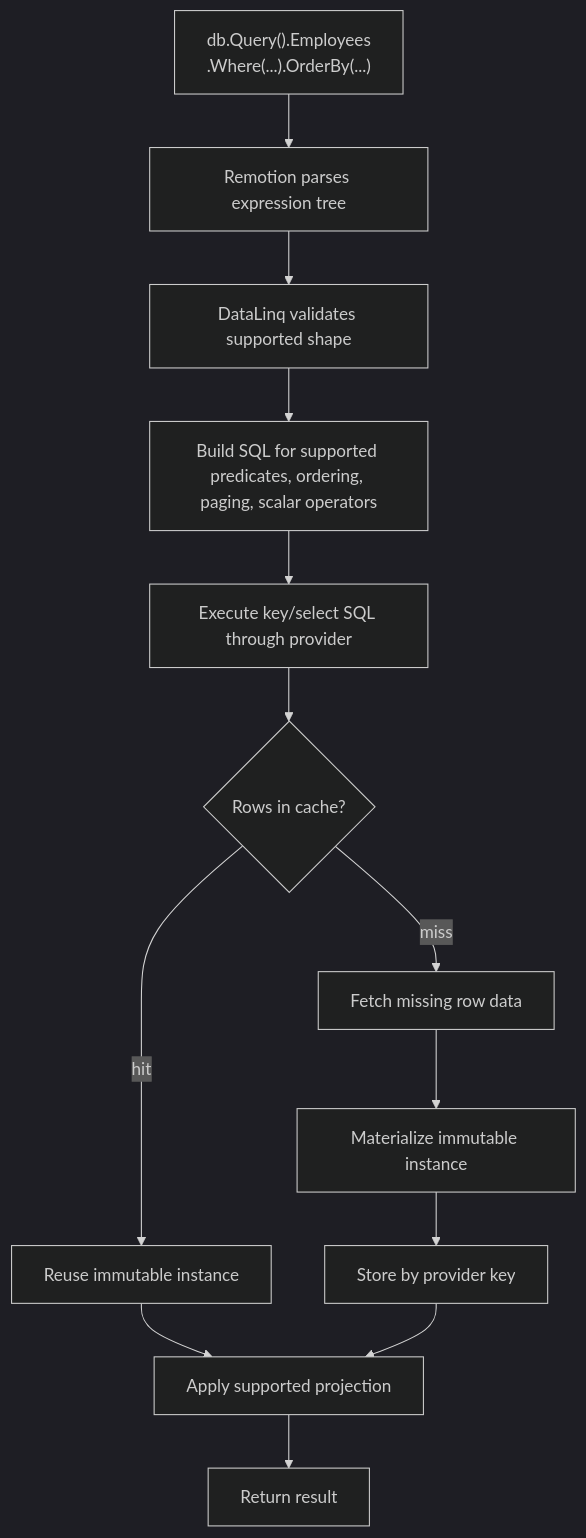
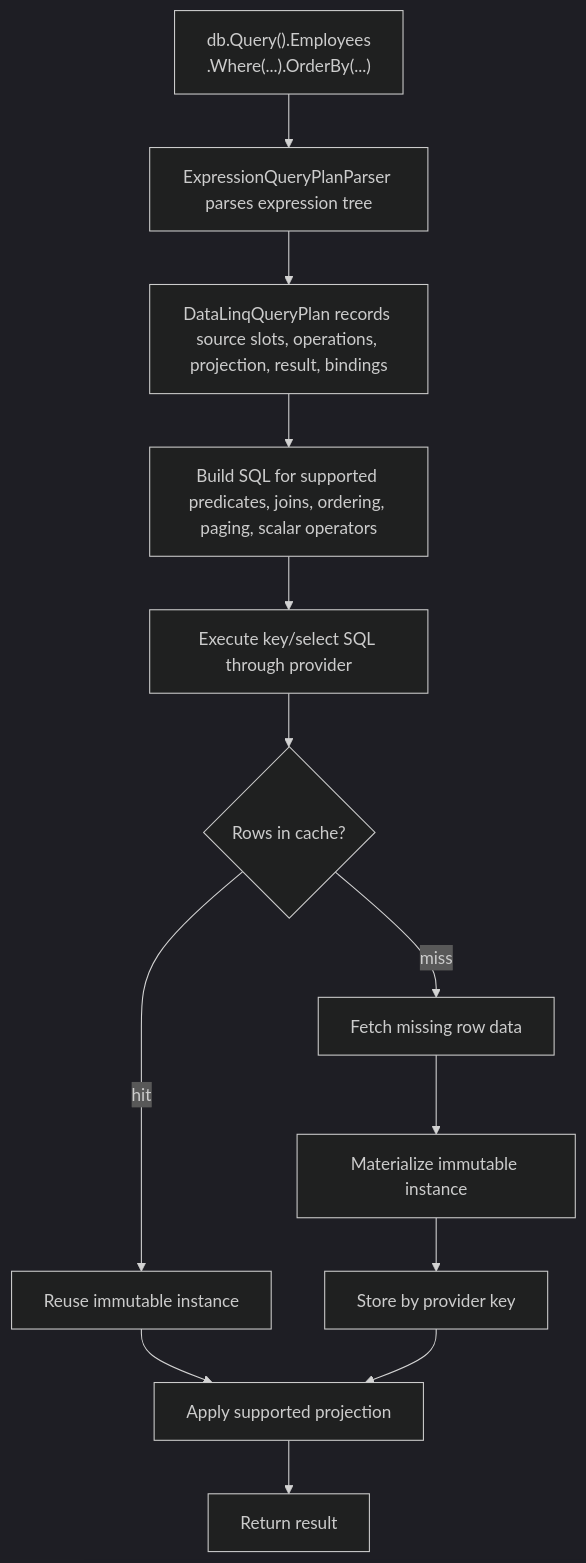
One commit to bazer/DataLinq changed the fourth of 10 diagrams in docs/internals/Data Flow.md. Above: the diagram before and after it, drawn with Mermaid (dark theme). The commit also changed 9 other files, not shown here.

````diff
--- a/docs/internals/Data Flow.md
+++ b/docs/internals/Data Flow.md
@@ -86,15 +86,15 @@
 ```mermaid
 flowchart TD
-    A["db.Query().Employees<br/>.Where(...).OrderBy(...)"] --> B["Remotion parses expression tree"]
-    B --> C["DataLinq validates supported shape"]
-    C --> D["Build SQL for supported predicates, ordering, paging, scalar operators"]
+    A["db.Query().Employees<br/>.Where(...).OrderBy(...)"] --> B["ExpressionQueryPlanParser parses expression tree"]
+    B --> C["DataLinqQueryPlan records source slots, operations, projection, result, bindings"]
+    C --> D["Build SQL for supported predicates, joins, ordering, paging, scalar operators"]
     D --> E["Execute key/select SQL through provider"]
     E --> F{"Rows in cache?"}
     F -- "hit" --> G["Reuse immutable instance"]
     F -- "miss" --> H["Fetch missing row data"]
     H --> I["Materialize immutable instance"]
     I --> J["Store by provider key"]
     G --> K["Apply supported projection"]
     J --> K
     K --> L["Return result"]
 ```
````
